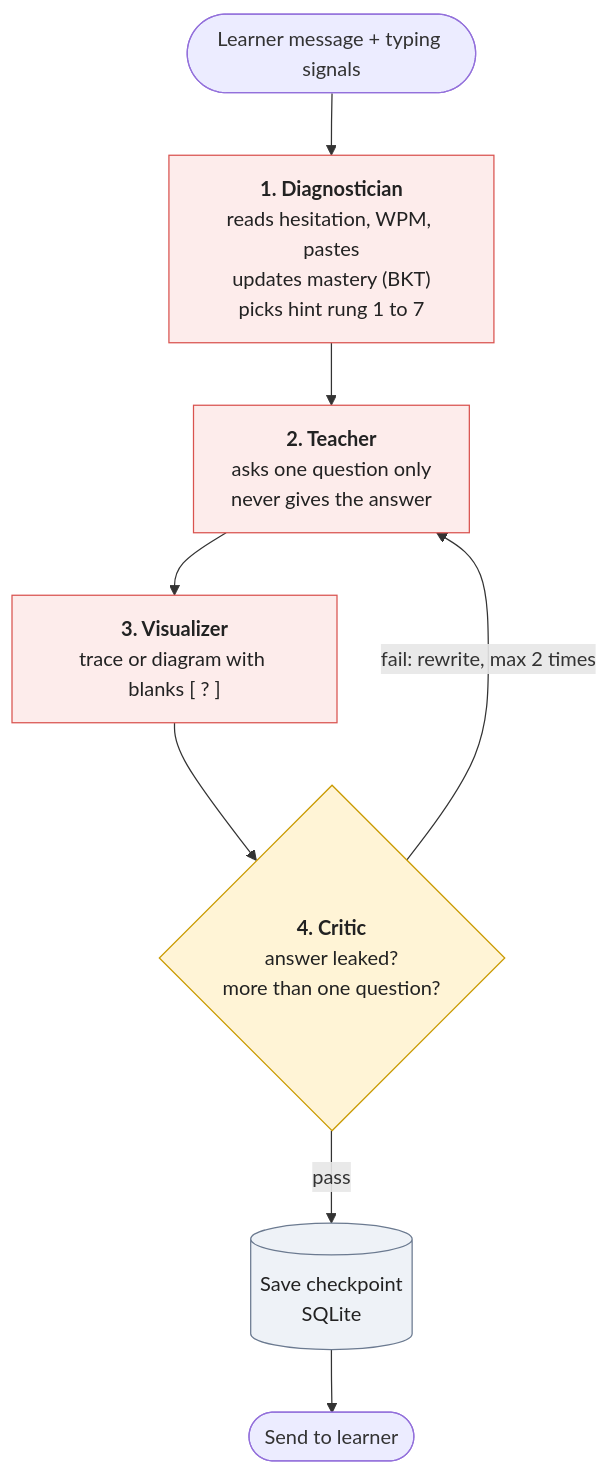
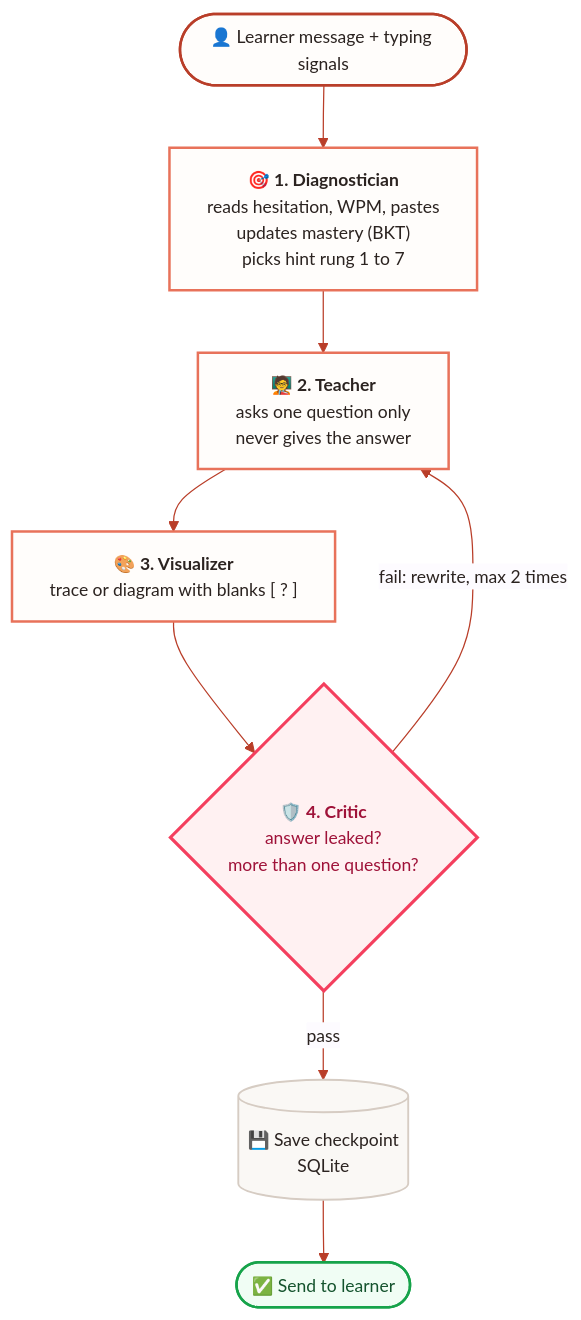
The second of 2 diagrams in README.md (taha463/socratic-tutor), drawn with Mermaid before and after one commit. The commit also changed other lines of this file, not shown here.

First line of the commit message:
Enhance system architecture diagrams in README

````diff
--- a/README.md
+++ b/README.md
@@ -119,22 +123,22 @@
 ```mermaid
+%%{init: {'theme':'base','themeVariables':{'primaryColor':'#FFFDFB','primaryTextColor':'#2B2320','primaryBorderColor':'#E8725A','lineColor':'#B93E29','tertiaryColor':'#FAF8F5','fontSize':'14px'}}}%%
 flowchart TB
-    In(["Learner message + typing signals"])
+    In(["👤 Learner message + typing signals"]):::start
 
-    D["<b>1. Diagnostician</b><br/>reads hesitation, WPM, pastes<br/>updates mastery (BKT)<br/>picks hint rung 1 to 7"]
-    T["<b>2. Teacher</b><br/>asks one question only<br/>never gives the answer"]
-    V["<b>3. Visualizer</b><br/>trace or diagram with blanks [ ? ]"]
-    C{"<b>4. Critic</b><br/>answer leaked?<br/>more than one question?"}
-    S[("Save checkpoint<br/>SQLite")]
-    Out(["Send to learner"])
+    D["🎯 <b>1. Diagnostician</b><br/>reads hesitation, WPM, pastes<br/>updates mastery (BKT)<br/>picks hint rung 1 to 7"]:::agent
+    T["🧑‍🏫 <b>2. Teacher</b><br/>asks one question only<br/>never gives the answer"]:::agent
+    V["🎨 <b>3. Visualizer</b><br/>trace or diagram with blanks [ ? ]"]:::agent
+    C{"🛡️ <b>4. Critic</b><br/>answer leaked?<br/>more than one question?"}:::critic
+    S[("💾 Save checkpoint<br/>SQLite")]:::plain
+    Out(["✅ Send to learner"]):::safe
 
     In --> D --> T --> V --> C
     C -->|fail: rewrite, max 2 times| T
     C -->|pass| S --> Out
 
-    classDef agent fill:#fdeceb,stroke:#d9534f,color:#222
-    classDef gate fill:#fff4d6,stroke:#c99a00,color:#222
-    classDef store fill:#eef2f7,stroke:#6b7a90,color:#222
-    class D,T,V agent
-    class C gate
-    class S store
+    classDef start fill:#FFFDFB,color:#2B2320,stroke:#B93E29,stroke-width:2px
+    classDef agent fill:#FFFDFB,color:#2B2320,stroke:#E8725A,stroke-width:2px
+    classDef critic fill:#FFF1F2,color:#9F1239,stroke:#F43F5E,stroke-width:2.5px
+    classDef safe fill:#F0FDF4,color:#14532D,stroke:#16A34A,stroke-width:2px
+    classDef plain fill:#FAF8F5,color:#2B2320,stroke:#D6CCC3,stroke-width:1.5px
 ```
````
